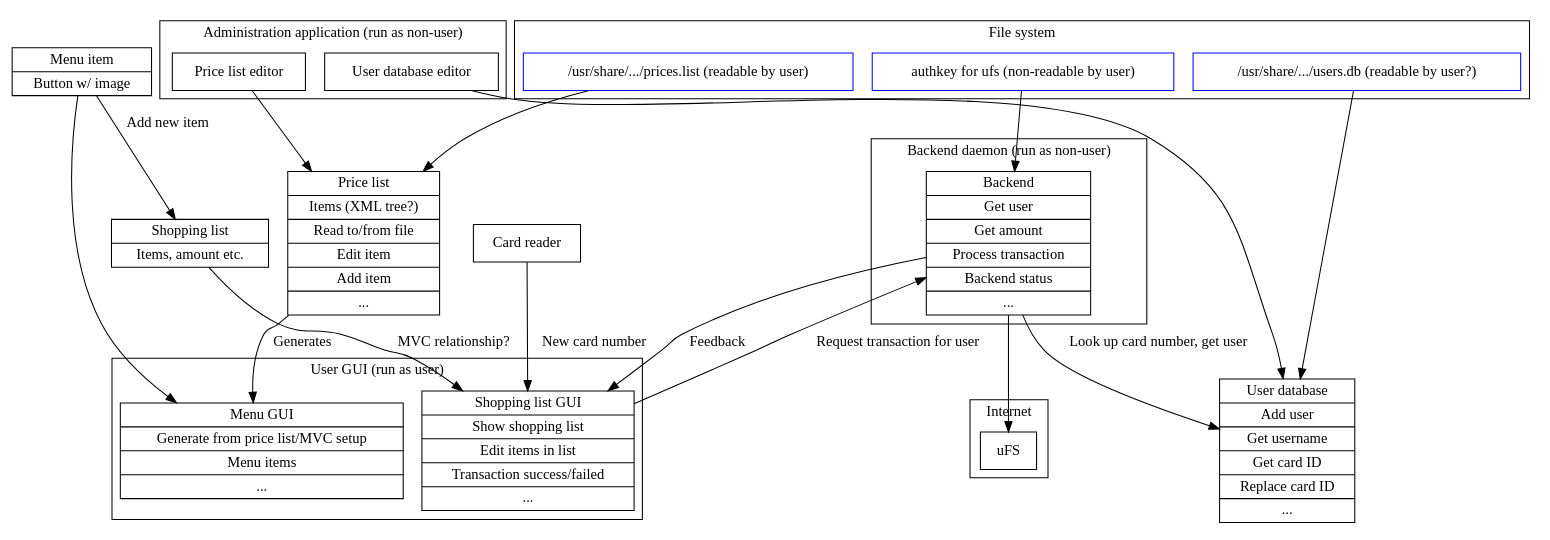
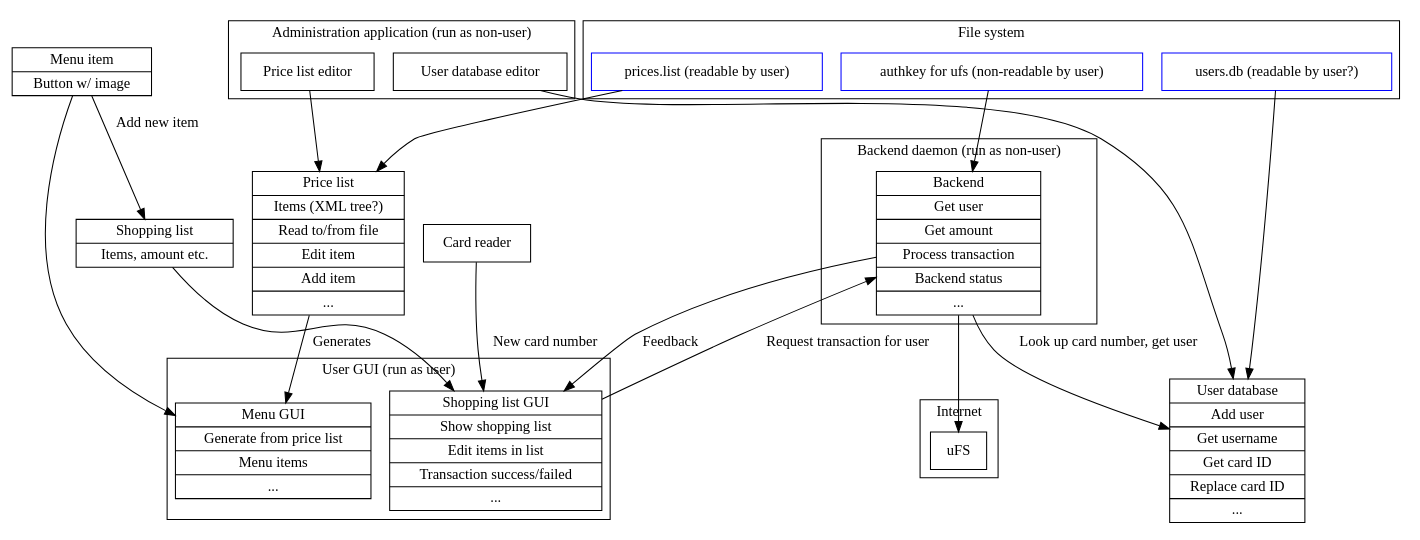
Before and after one commit to bjorgan/digcross: the diagram in docs/classes.dot, drawn with Graphviz.

Commit message:
Update file system locations in class diagram

```diff
--- a/docs/classes.dot
+++ b/docs/classes.dot
@@ -1,55 +1,55 @@
 digraph G {
 	node[shape=box]
 	subgraph clusterinternet{
 		label="Internet"
 		ufs[label="uFS"]
 	}
 
 	backend->ufs
 
 	subgraph clusterfilesystem {
 		label="File system"
-		userdbfile[color=blue,label="/usr/share/.../users.db (readable by user?)"]
-		pricefile[color=blue,label="/usr/share/.../prices.list (readable by user)"]
+		userdbfile[color=blue,label="users.db (readable by user?)"]
+		pricefile[color=blue,label="prices.list (readable by user)"]
 		authfile[color=blue,label="authkey for ufs (non-readable by user)"]
 	}
 
 	subgraph clustergui{
 		label="User GUI (run as user)"
 		shoppinglistgui[shape=record,label="{ Shopping list GUI | Show shopping list | Edit items in list | Transaction success/failed | ... }"]
-		menu[shape=record,label="{ Menu GUI | Generate from price list/MVC setup | Menu items | ... }"]
+		menu[shape=record,label="{ Menu GUI | Generate from price list | Menu items | ... }"]
 	}
 
 	subgraph clusteradmingui{
 		label="Administration application (run as non-user)"
 		userdbeditor[label="User database editor"]
 		pricelisteditor[label="Price list editor"]
 	}
 
 	subgraph clusterdaemon {
 		label="Backend daemon (run as non-user)"
 		backend[shape=record,label="{ Backend | Get user | Get amount | Process transaction | Backend status | ... }"]
 		authfile->backend
 	}
 
 	userdb[shape=record,label="{ User database | Add user | Get username | Get card ID | Replace card ID | ... }"]
 	shoppinglist[shape=record,label="{ Shopping list | Items, amount etc. }"]
 	cardreader[label="Card reader"]
 	menuitem[shape=record,label="{ Menu item | Button w/ image }"]
 	pricelist[shape=record,label="{ Price list | Items (XML tree?) | Read to/from file | Edit item | Add item | ... }"]
 
 
 	cardreader->shoppinglistgui[label="New card number"]
-	shoppinglist->shoppinglistgui[label="MVC relationship?"]
+	shoppinglist->shoppinglistgui
 	userdbfile->userdb
 	pricefile->pricelist
 	pricelist->menu[label="Generates"]
 	menuitem->menu
 	menuitem->shoppinglist[label="Add new item"]
 
 	pricelisteditor->pricelist
 	userdbeditor->userdb
 	shoppinglistgui->backend[label="Request transaction for user"]
 	backend->userdb[label="Look up card number, get user"]
 	backend->shoppinglistgui[label="Feedback"]
 }
```
